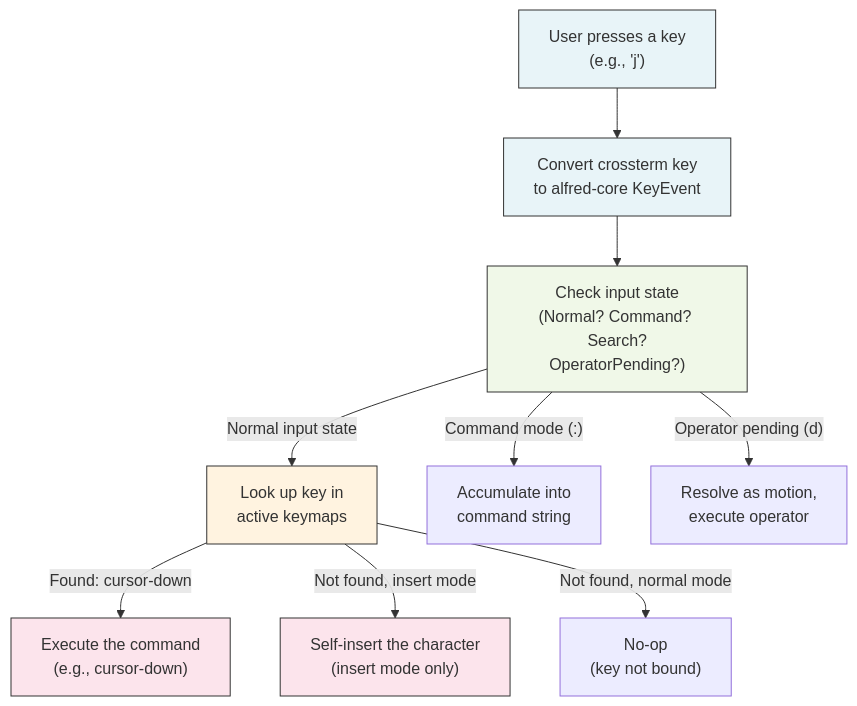
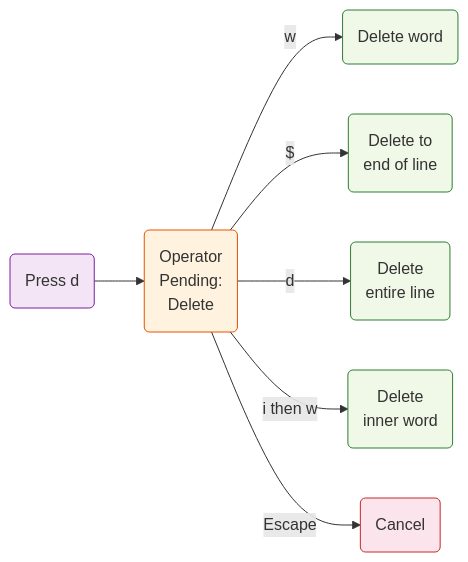
The fourth of 5 diagrams in docs/walkthrough/alfred-walkthrough.md (andrealaforgia/alfred), drawn with Mermaid before and after one commit. The commit also changed other lines of this file and 4 other files, not shown here.

````diff
--- a/docs/walkthrough/alfred-walkthrough.md
+++ b/docs/walkthrough/alfred-walkthrough.md
@@ -571,25 +626,17 @@
 ```mermaid
-graph TD
-    KEY["User presses a key<br/>(e.g., 'j')"]
-    CONVERT["Convert crossterm key<br/>to alfred-core KeyEvent"]
-    CHECK["Check input state<br/>(Normal? Command? Search?<br/>OperatorPending?)"]
-    RESOLVE["Look up key in<br/>active keymaps"]
-    EXEC["Execute the command<br/>(e.g., cursor-down)"]
-    SELF["Self-insert the character<br/>(insert mode only)"]
-    NOOP["No-op<br/>(key not bound)"]
+graph LR
+    D("Press d") --> OP("Operator<br/>Pending:<br/>Delete")
+    OP -->|"w"| DW("Delete word")
+    OP -->|"$"| DE("Delete to<br/>end of line")
+    OP -->|"d"| DD("Delete<br/>entire line")
+    OP -->|"i then w"| DIW("Delete<br/>inner word")
+    OP -->|"Escape"| CANCEL("Cancel")
 
-    KEY --> CONVERT --> CHECK
-    CHECK -->|"Normal input state"| RESOLVE
-    CHECK -->|"Command mode (:)"| COLON["Accumulate into<br/>command string"]
-    CHECK -->|"Operator pending (d)"| MOTION["Resolve as motion,<br/>execute operator"]
-    RESOLVE -->|"Found: cursor-down"| EXEC
-    RESOLVE -->|"Not found, insert mode"| SELF
-    RESOLVE -->|"Not found, normal mode"| NOOP
-
-    style KEY fill:#e8f4f8,stroke:#333
-    style CONVERT fill:#e8f4f8,stroke:#333
-    style CHECK fill:#f0f8e8,stroke:#333
-    style RESOLVE fill:#fff3e0,stroke:#333
-    style EXEC fill:#fce4ec,stroke:#333
-    style SELF fill:#fce4ec,stroke:#333
+    style D fill:#f3e5f5,stroke:#7b1fa2
+    style OP fill:#fff3e0,stroke:#e65100
+    style DW fill:#f0f8e8,stroke:#2e7d32
+    style DE fill:#f0f8e8,stroke:#2e7d32
+    style DD fill:#f0f8e8,stroke:#2e7d32
+    style DIW fill:#f0f8e8,stroke:#2e7d32
+    style CANCEL fill:#fce4ec,stroke:#c62828
 ```
````
